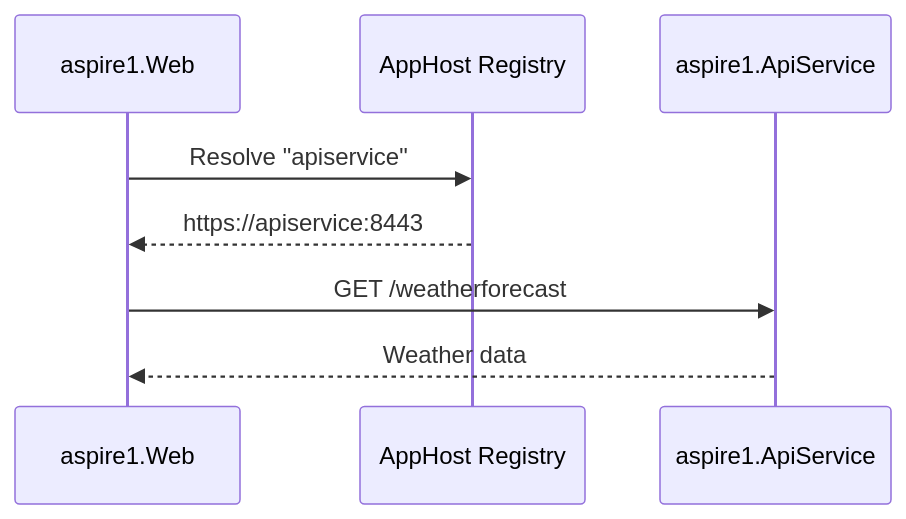
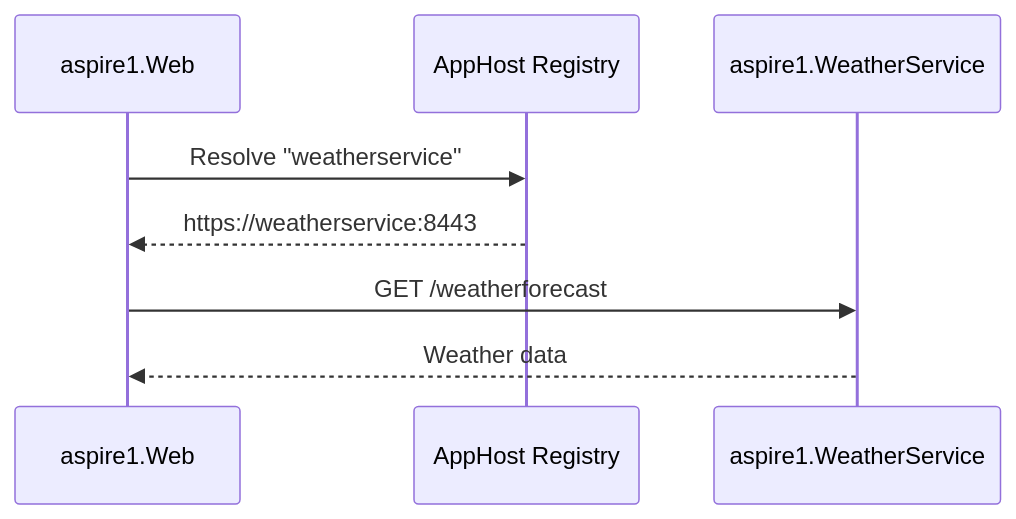
Before and after one commit to rbmathis/aspire1: the second of 2 diagrams in aspire1.AppHost/ARCHITECTURE.md, drawn with Mermaid. The commit also changed other lines of this file and 23 other files, not shown here.

````diff
--- a/aspire1.AppHost/ARCHITECTURE.md
+++ b/aspire1.AppHost/ARCHITECTURE.md
@@ -117,11 +117,11 @@
 ```mermaid
 sequenceDiagram
     participant Web as aspire1.Web
     participant AppHost as AppHost Registry
-    participant API as aspire1.ApiService
+    participant API as aspire1.WeatherService
 
-    Web->>AppHost: Resolve "apiservice"
-    AppHost-->>Web: https://apiservice:8443
+    Web->>AppHost: Resolve "weatherservice"
+    AppHost-->>Web: https://weatherservice:8443
     Web->>API: GET /weatherforecast
     API-->>Web: Weather data
 ```
````
